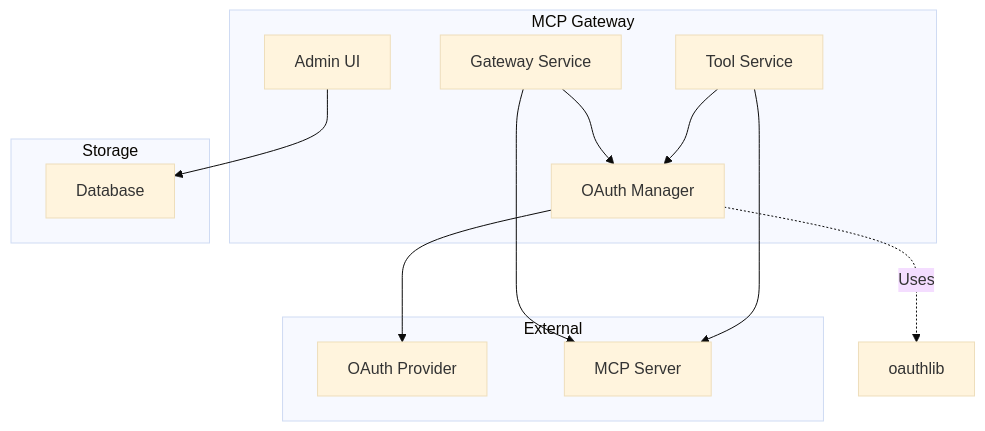
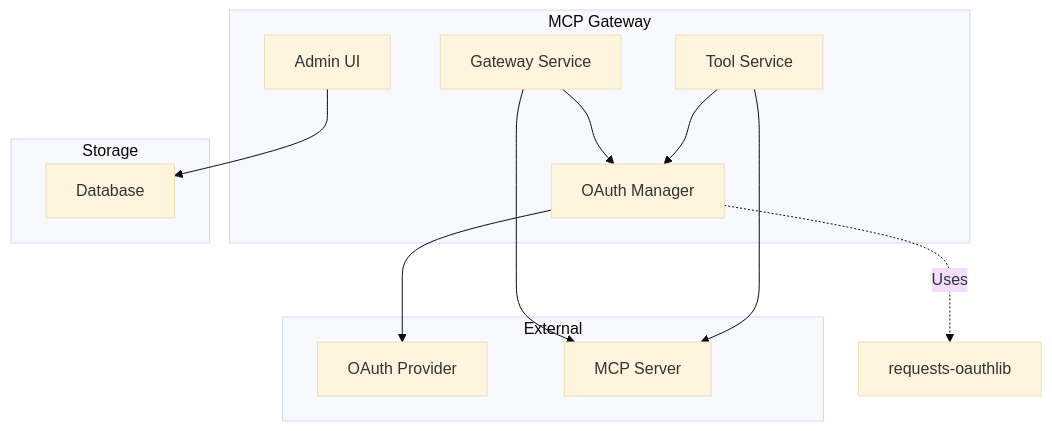
One commit to tedhabeck/mcp-context-forge changed the first of 3 diagrams in docs/docs/architecture/oauth-design.md. Above: the diagram before and after it, drawn with Mermaid (base theme). The commit also changed other lines of this file and 147 other files, not shown here.

First line of the commit message:
docs: refresh docs formatting, links, and diagrams (#2624)

````diff
--- a/docs/docs/architecture/oauth-design.md
+++ b/docs/docs/architecture/oauth-design.md
@@ -28,27 +28,27 @@
 ```mermaid
 graph TD
     subgraph "MCP Gateway"
         A[Admin UI]
         B[Gateway Service]
         C[Tool Service]
         D[OAuth Manager]
     end
 
     subgraph "Storage"
         E[Database]
     end
 
     subgraph "External"
         F[OAuth Provider]
         G[MCP Server]
     end
 
     A --> E
     B --> D
     C --> D
     D --> F
     B --> G
     C --> G
 
-    D -.->|Uses| H[oauthlib]
+    D -.->|Uses| H[requests-oauthlib]
 ```
````
